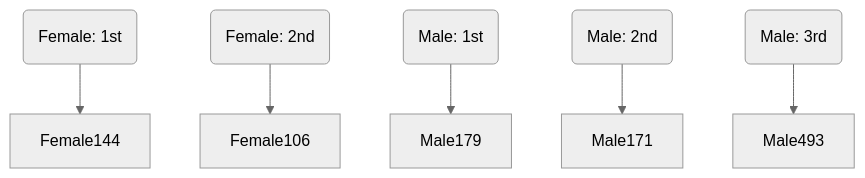
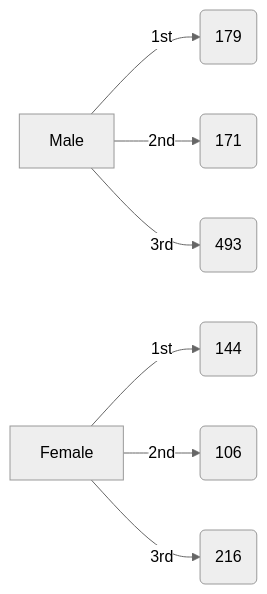
The third of 7 diagrams in docs/Workflows-with-LLM-functions_woven.md (antononcube/Raku-LLM-Functions), drawn with Mermaid (neutral theme) before and after one commit. The commit also changed other lines of this file and 1 other file, not shown here.

Commit message:
docs:Improved the flowchart. Better explanations and grammar.

````diff
--- a/docs/Workflows-with-LLM-functions_woven.md
+++ b/docs/Workflows-with-LLM-functions_woven.md
@@ -488,8 +493,9 @@
 ```mermaid
-graph TD
-female1(Female: 1st)-->Female144
-female2(Female: 2nd)-->Female106
-male1(Male: 1st)-->Male179
-male2(Male: 2nd)-->Male171
-male3(Male: 3rd)-->Male493
+graph LR
+Male[Male] -->|1st| A(179)
+Male --> |2nd| B(171)
+Male --> |3rd| C(493)
+Female[Female] -->|1st| D(144)
+Female --> |2nd| E(106)
+Female --> |3rd| F(216)
 ```
````
